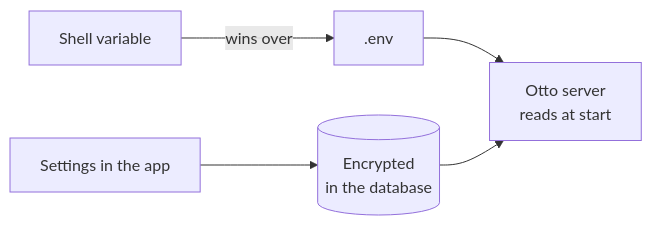
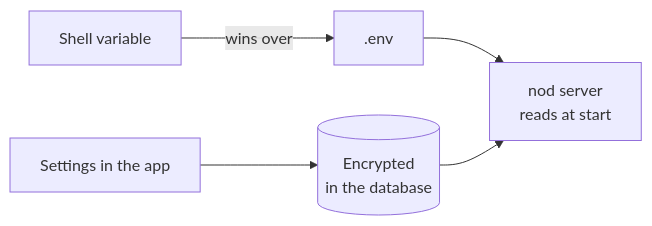
Before and after one commit to KrishBhimani/nod: the first of 2 diagrams in docs/src/content/docs/deploy/configuration.md, drawn with Mermaid. The commit also changed other lines of this file and 380 other files, not shown here.

Commit message:
feat!: rename Otto to nod (#398)

````diff
--- a/docs/src/content/docs/deploy/configuration.md
+++ b/docs/src/content/docs/deploy/configuration.md
@@ -18,7 +18,7 @@
 ```mermaid
 flowchart LR
   shell[Shell variable]:::accent -- wins over --> file[.env]
-  file --> server[Otto server<br/>reads at start]
+  file --> server[nod server<br/>reads at start]
   app[Settings in the app] --> db[(Encrypted<br/>in the database)]
   db --> server
 ```
````
